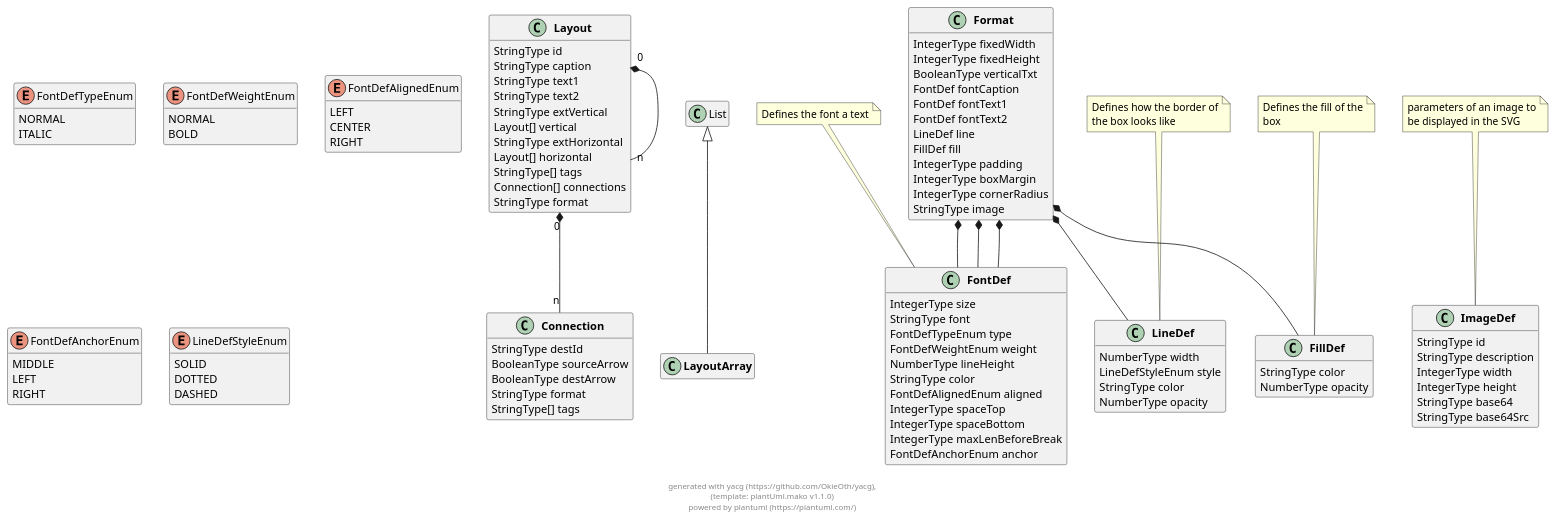
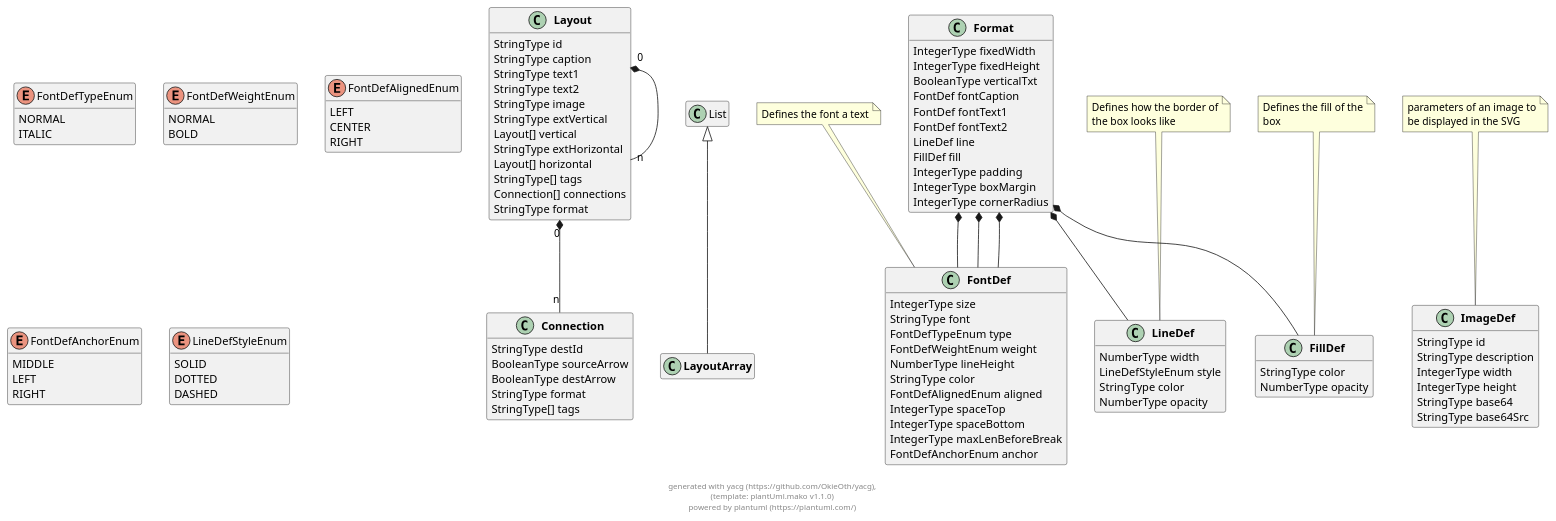
The diagram in docs/models/puml/externals.puml (OkieOth/draw.chart.things), drawn with PlantUML before and after one commit. The commit also changed other lines of this file and 12 other files, not shown here.

```diff
--- a/docs/models/puml/externals.puml
+++ b/docs/models/puml/externals.puml
@@ -9,6 +9,7 @@
         StringType caption
         StringType text1
         StringType text2
+        StringType image
         StringType extVertical
         Layout[] vertical
         StringType extHorizontal
@@ -45,7 +46,6 @@
         IntegerType padding
         IntegerType boxMargin
         IntegerType cornerRadius
-        StringType image
 }
 
  
@@ -132,6 +132,7 @@
 
 
 
+
 Layout "0" *-- "n" Layout
 
 
@@ -160,7 +161,6 @@
 Format  *--  LineDef
 
 Format  *--  FillDef
-
 
 
 
```
